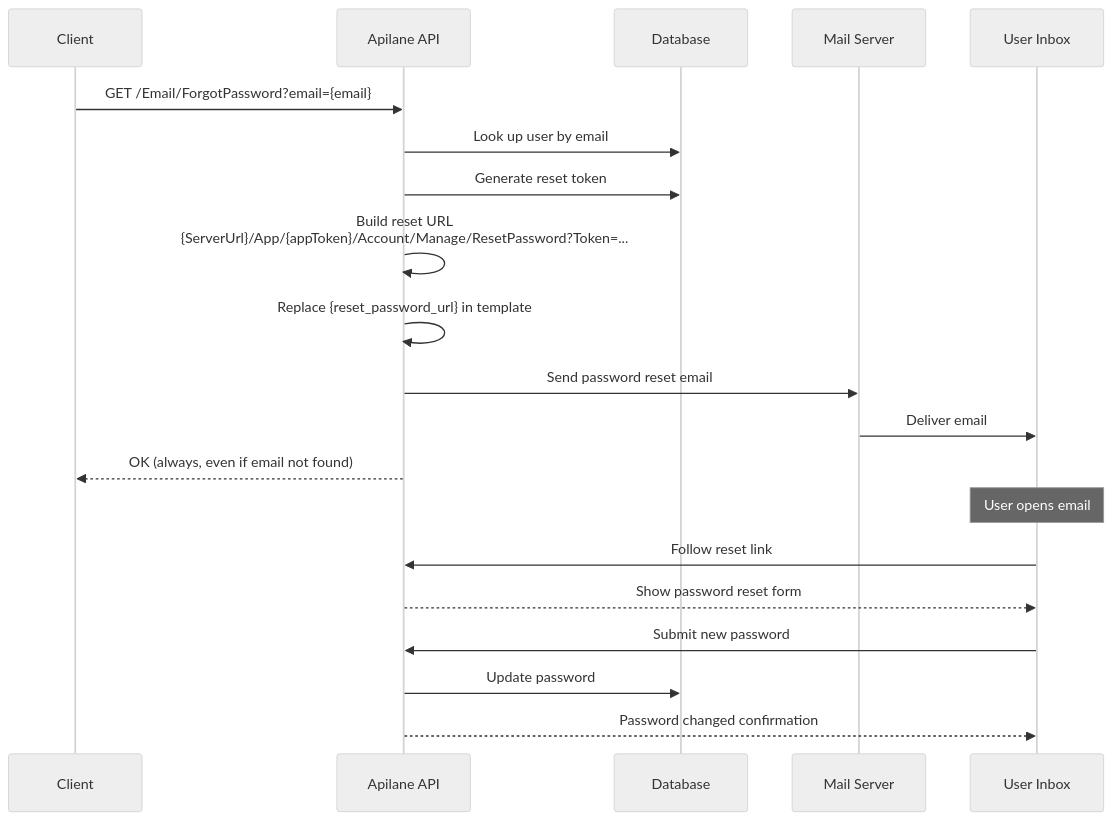
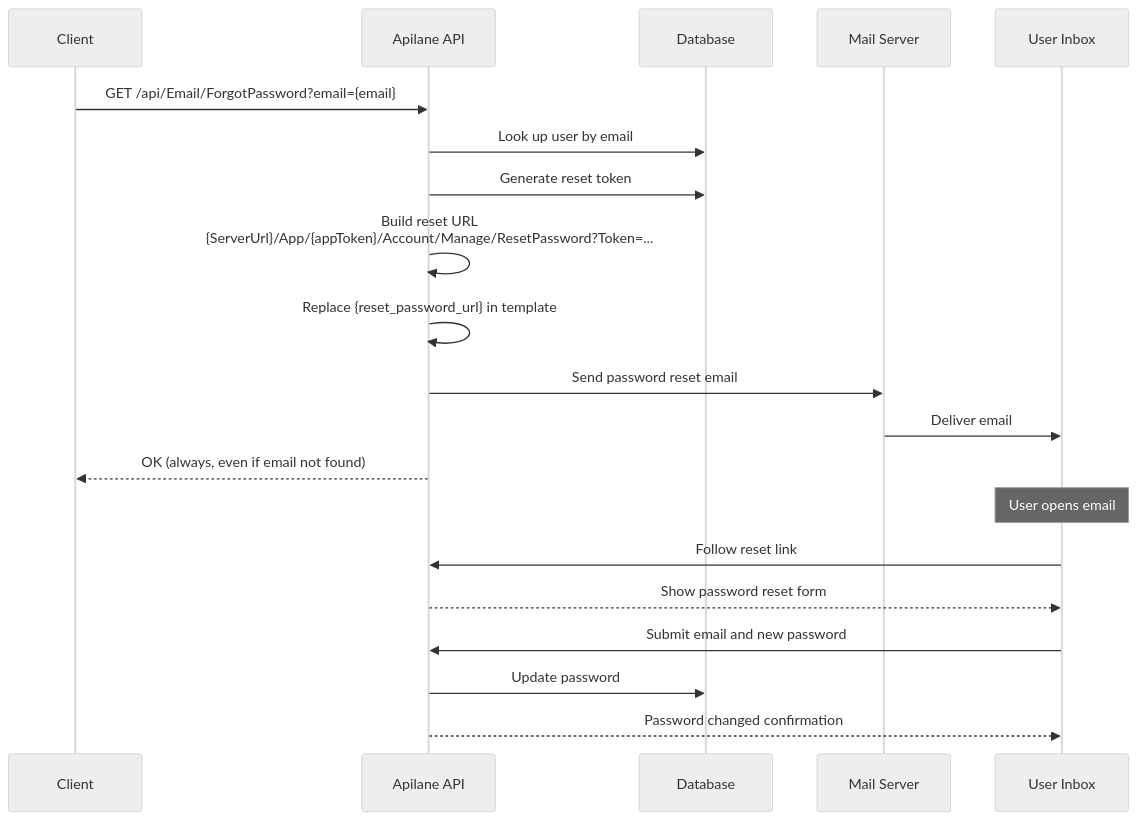
One commit to raptisv/apilane changed the second of 2 diagrams in docs/docs/developer_guide/email_templates.md. Above: the diagram before and after it, drawn with Mermaid (neutral theme). The commit also changed other lines of this file and 28 other files, not shown here.

````diff
--- a/docs/docs/developer_guide/email_templates.md
+++ b/docs/docs/developer_guide/email_templates.md
@@ -137,23 +141,23 @@
 ```mermaid
 sequenceDiagram
     participant Client
     participant API as Apilane API
     participant DB as Database
     participant SMTP as Mail Server
     participant User as User Inbox
 
-    Client->>API: GET /Email/ForgotPassword?email={email}
+    Client->>API: GET /api/Email/ForgotPassword?email={email}
     API->>DB: Look up user by email
     API->>DB: Generate reset token
     API->>API: Build reset URL<br/>{ServerUrl}/App/{appToken}/Account/Manage/ResetPassword?Token=...
     API->>API: Replace {reset_password_url} in template
     API->>SMTP: Send password reset email
     SMTP->>User: Deliver email
     API-->>Client: OK (always, even if email not found)
     Note over User: User opens email
     User->>API: Follow reset link
     API-->>User: Show password reset form
-    User->>API: Submit new password
+    User->>API: Submit email and new password
     API->>DB: Update password
     API-->>User: Password changed confirmation
 ```
````
